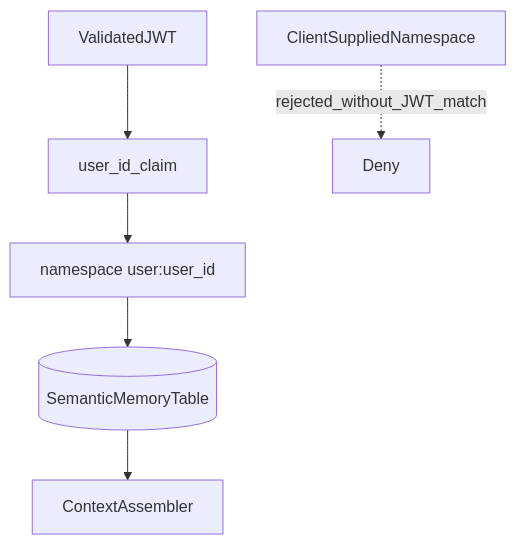
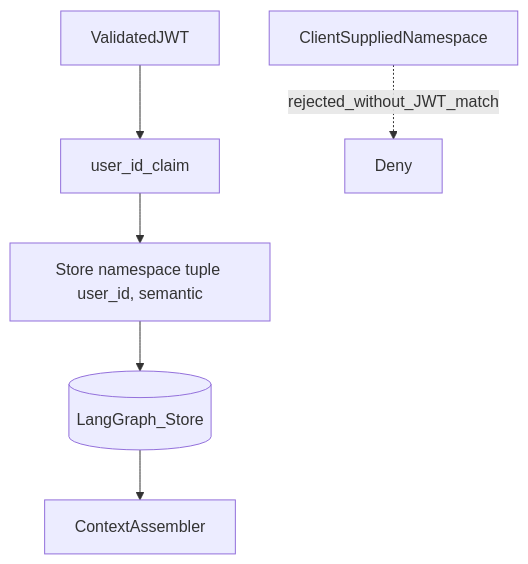
The diagram in SKILLS/backend/assets/diagrams/05-semantic-namespace.mmd (shivank22/ICE), drawn with Mermaid before and after one commit. The commit also changed 93 other files, not shown here.

```diff
--- a/SKILLS/backend/assets/diagrams/05-semantic-namespace.mmd
+++ b/SKILLS/backend/assets/diagrams/05-semantic-namespace.mmd
@@ -1,10 +1,10 @@
-%% Semantic namespace isolation
+%% Semantic namespace isolation via LangGraph Store
 flowchart TB
   JWT[ValidatedJWT]
   UID[user_id_claim]
-  NS["namespace user:user_id"]
-  Table[(SemanticMemoryTable)]
+  NS["Store namespace tuple user_id, semantic"]
+  Store[(LangGraph_Store)]
   Ctx[ContextAssembler]
-  JWT --> UID --> NS --> Table
-  Table --> Ctx
+  JWT --> UID --> NS --> Store
+  Store --> Ctx
   Bad[ClientSuppliedNamespace] -.->|rejected_without_JWT_match| Deny[Deny]
```
